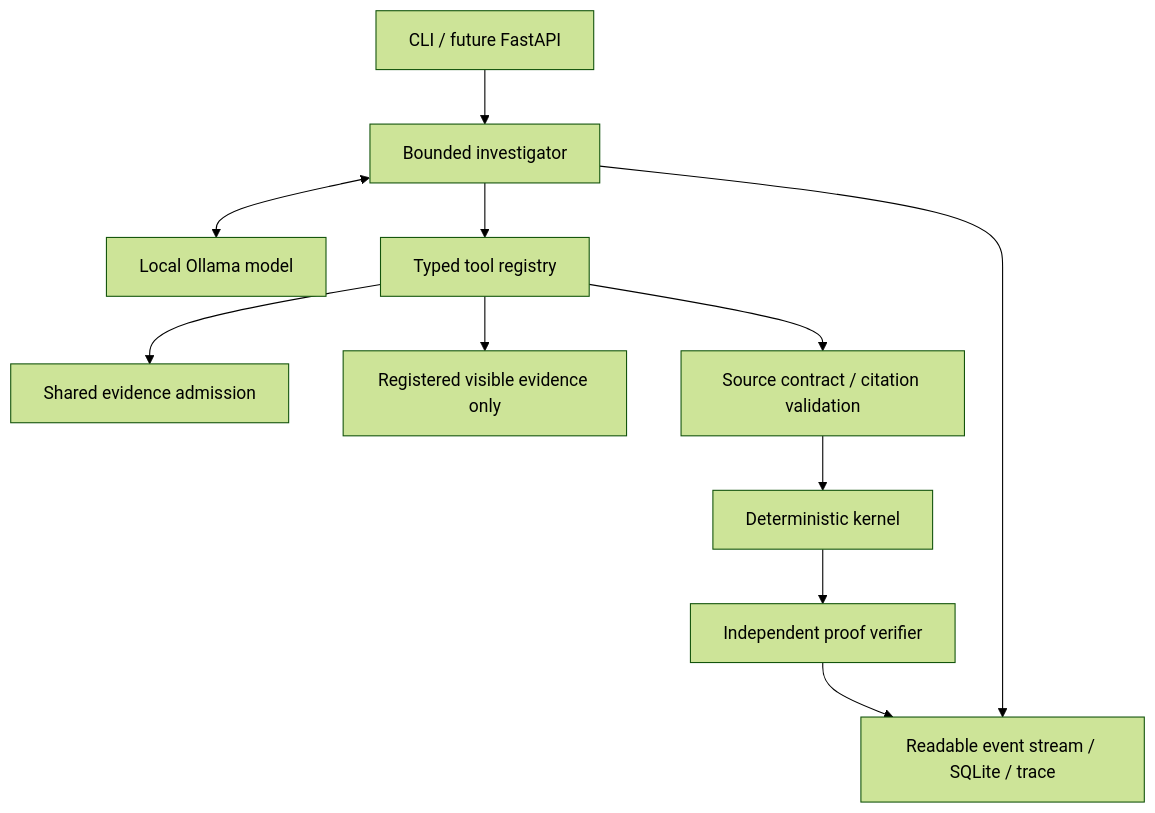
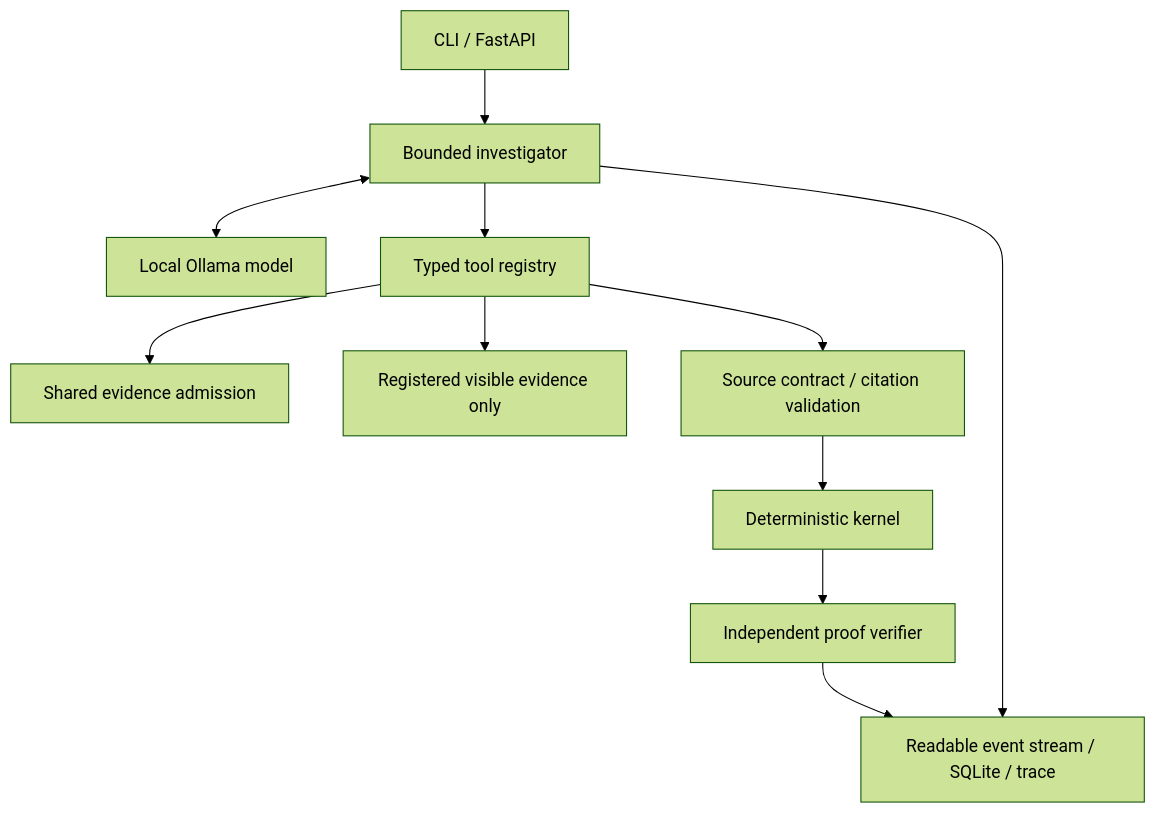
Before and after one commit to Amita7898/Ghost-data: the diagram in docs/local-agent.md, drawn with Mermaid (forest theme). The commit also changed other lines of this file and 57 other files, not shown here.

````diff
--- a/docs/local-agent.md
+++ b/docs/local-agent.md
@@ -46,13 +45,13 @@
 ```mermaid
 flowchart TD
-    CLI[CLI / future FastAPI] --> Controller[Bounded investigator]
+    CLI[CLI / FastAPI] --> Controller[Bounded investigator]
     Controller <--> Local[Local Ollama model]
     Controller --> Tools[Typed tool registry]
     Tools --> Admission[Shared evidence admission]
     Tools --> Sources[Registered visible evidence only]
     Tools --> Contract[Source contract / citation validation]
     Contract --> Kernel[Deterministic kernel]
     Kernel --> Verifier[Independent proof verifier]
     Controller --> Events[Readable event stream / SQLite / trace]
     Verifier --> Events
 ```
````
